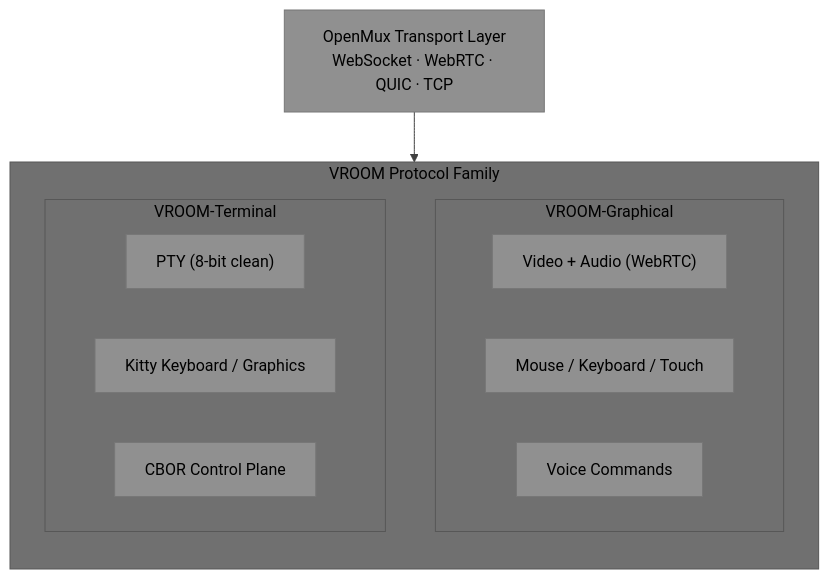
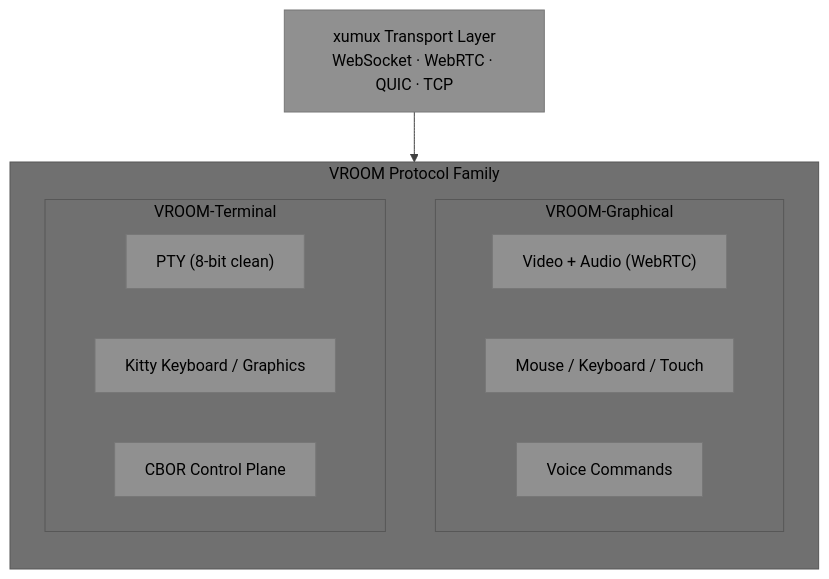
The diagram in README.md (deftai/vroom), drawn with Mermaid before and after one commit. The commit also changed other lines of this file and 3 other files, not shown here.

First line of the commit message:
docs: rename OpenMux to xumux and update links to xumux.org

````diff
--- a/README.md
+++ b/README.md
@@ -20,18 +20,18 @@
 ```mermaid
 %%{init: {'theme': 'base', 'themeVariables': {'primaryTextColor': '#000000', 'secondaryTextColor': '#000000', 'tertiaryTextColor': '#000000', 'noteTextColor': '#000000', 'primaryColor': '#909090', 'secondaryColor': '#808080', 'tertiaryColor': '#707070', 'lineColor': '#404040'}}}%%
 graph TB
     subgraph VROOM["VROOM Protocol Family"]
         direction TB
         subgraph G["VROOM-Graphical"]
             G1["Video + Audio (WebRTC)"]
             G2["Mouse / Keyboard / Touch"]
             G3["Voice Commands"]
         end
         subgraph T["VROOM-Terminal"]
             T1["PTY (8-bit clean)"]
             T2["Kitty Keyboard / Graphics"]
             T3["CBOR Control Plane"]
         end
     end
-    OM["OpenMux Transport Layer<br/>WebSocket · WebRTC · QUIC · TCP"] --> VROOM
+    OM["xumux Transport Layer<br/>WebSocket · WebRTC · QUIC · TCP"] --> VROOM
 ```
````
